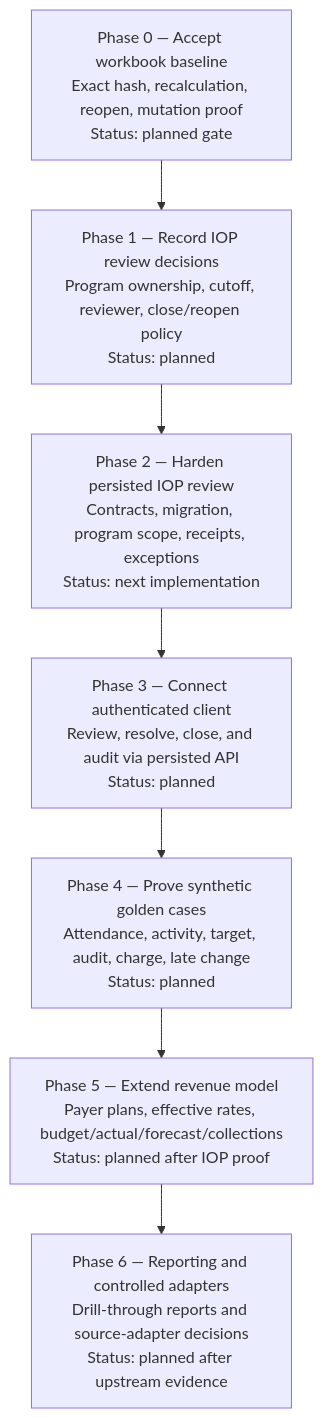
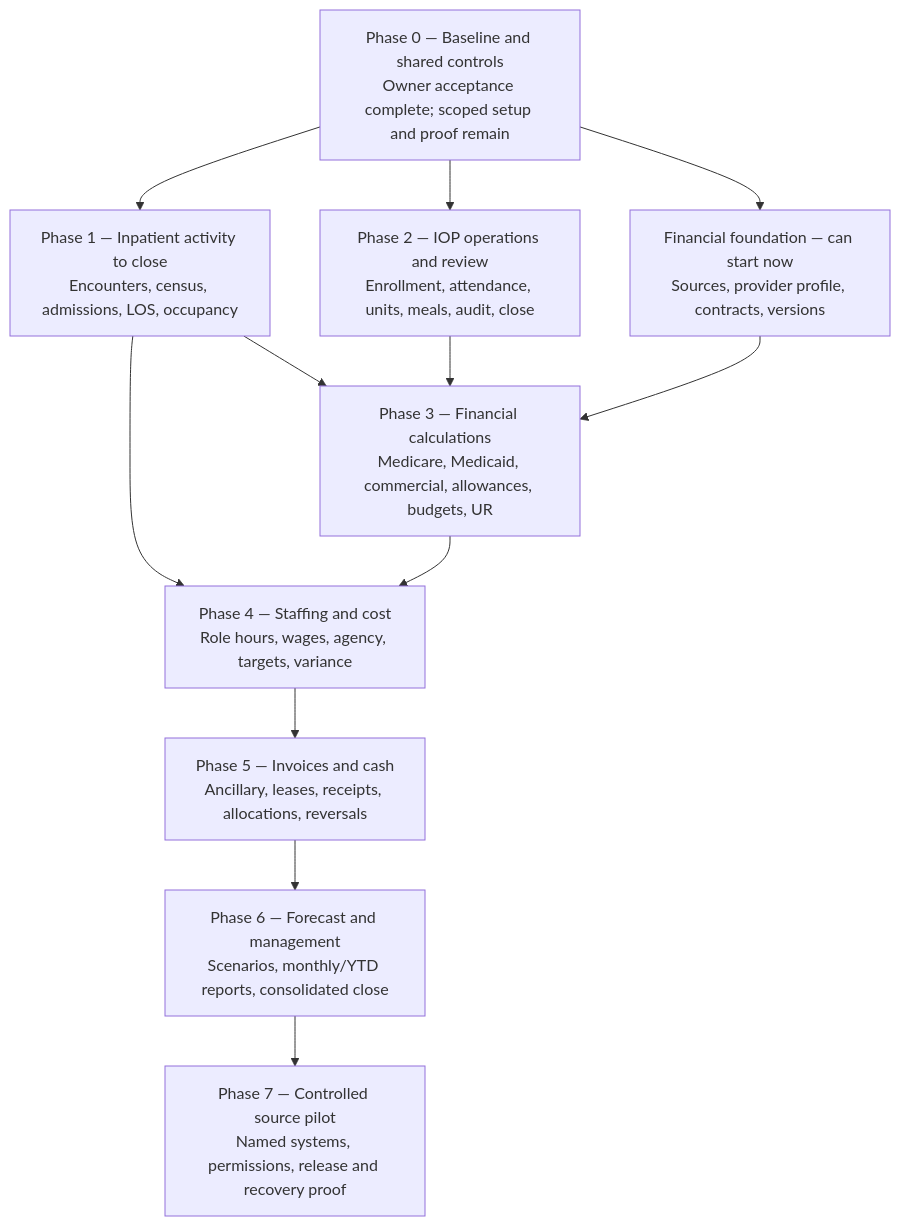
Before and after one commit to henrytylerhebert-eng/clarity-platform: the second of 2 diagrams in docs/product/WORKBOOK_PLATFORM_FULL_TREE.md, drawn with Mermaid. The commit also changed other lines of this file and 14 other files, not shown here.

First line of the commit message:
feat: align RevOps scope with accepted workbook

````diff
--- a/docs/product/WORKBOOK_PLATFORM_FULL_TREE.md
+++ b/docs/product/WORKBOOK_PLATFORM_FULL_TREE.md
@@ -43,12 +43,21 @@
 ```mermaid
 flowchart TB
-    P0[Phase 0 — Accept workbook baseline<br/>Exact hash, recalculation, reopen, mutation proof<br/>Status: planned gate]
-    P1[Phase 1 — Record IOP review decisions<br/>Program ownership, cutoff, reviewer, close/reopen policy<br/>Status: planned]
-    P2[Phase 2 — Harden persisted IOP review<br/>Contracts, migration, program scope, receipts, exceptions<br/>Status: next implementation]
-    P3[Phase 3 — Connect authenticated client<br/>Review, resolve, close, and audit via persisted API<br/>Status: planned]
-    P4[Phase 4 — Prove synthetic golden cases<br/>Attendance, activity, target, audit, charge, late change<br/>Status: planned]
-    P5[Phase 5 — Extend revenue model<br/>Payer plans, effective rates, budget/actual/forecast/collections<br/>Status: planned after IOP proof]
-    P6[Phase 6 — Reporting and controlled adapters<br/>Drill-through reports and source-adapter decisions<br/>Status: planned after upstream evidence]
+    P0[Phase 0 — Baseline and shared controls<br/>Owner acceptance complete; scoped setup and proof remain]
+    P1[Phase 1 — Inpatient activity to close<br/>Encounters, census, admissions, LOS, occupancy]
+    P2[Phase 2 — IOP operations and review<br/>Enrollment, attendance, units, meals, audit, close]
+    R[Financial foundation — can start now<br/>Sources, provider profile, contracts, versions]
+    P3[Phase 3 — Financial calculations<br/>Medicare, Medicaid, commercial, allowances, budgets, UR]
+    P4[Phase 4 — Staffing and cost<br/>Role hours, wages, agency, targets, variance]
+    P5[Phase 5 — Invoices and cash<br/>Ancillary, leases, receipts, allocations, reversals]
+    P6[Phase 6 — Forecast and management<br/>Scenarios, monthly/YTD reports, consolidated close]
+    P7[Phase 7 — Controlled source pilot<br/>Named systems, permissions, release and recovery proof]
 
-    P0 --> P1 --> P2 --> P3 --> P4 --> P5 --> P6
+    P0 --> P1
+    P0 --> P2
+    P0 --> R
+    P1 --> P3
+    P2 --> P3
+    R --> P3
+    P1 --> P4
+    P3 --> P4 --> P5 --> P6 --> P7
 ```
````
